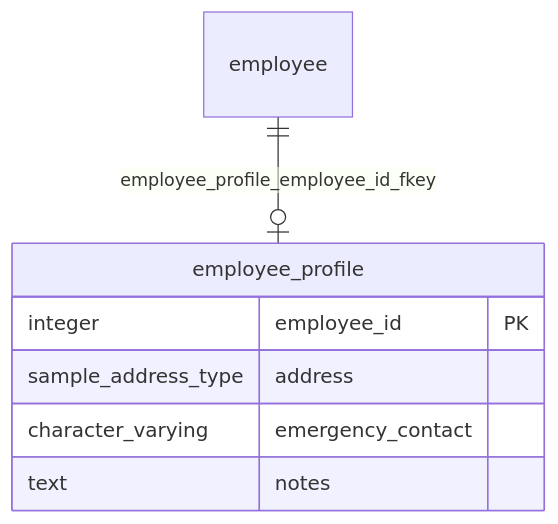
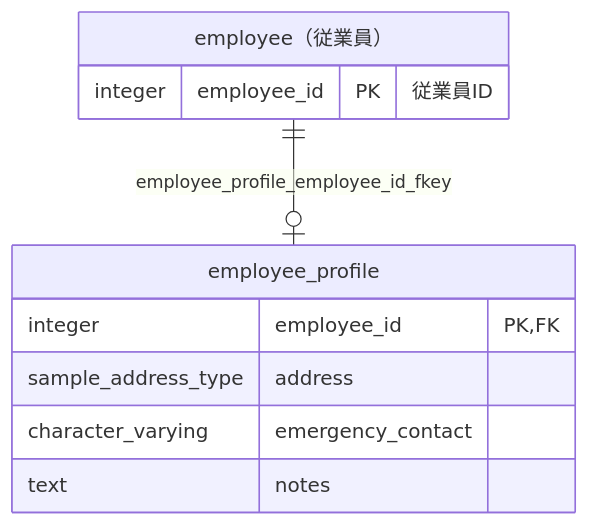
One commit to ebichan88/exportTableDefinition changed the diagram in docs/sample/postgres/output/testdb/sample/table/employee_profile.md. Above: the diagram before and after it, drawn with Mermaid. The commit also changed other lines of this file and 66 other files, not shown here.

First line of the commit message:
Show logical table names and relation columns in ER diagram boxes

````diff
--- a/docs/sample/postgres/output/testdb/sample/table/employee_profile.md
+++ b/docs/sample/postgres/output/testdb/sample/table/employee_profile.md
@@ -57,12 +57,15 @@
 ```mermaid
 erDiagram
     sample_employee_profile["employee_profile"]
-    sample_employee["employee"]
+    sample_employee["employee（従業員）"]
     sample_employee ||--o| sample_employee_profile : "employee_profile_employee_id_fkey"
     sample_employee_profile {
-        integer employee_id PK
+        integer employee_id PK, FK
         sample_address_type address
         character_varying emergency_contact
         text notes
     }
+    sample_employee {
+        integer employee_id PK "従業員ID"
+    }
 ```
````
